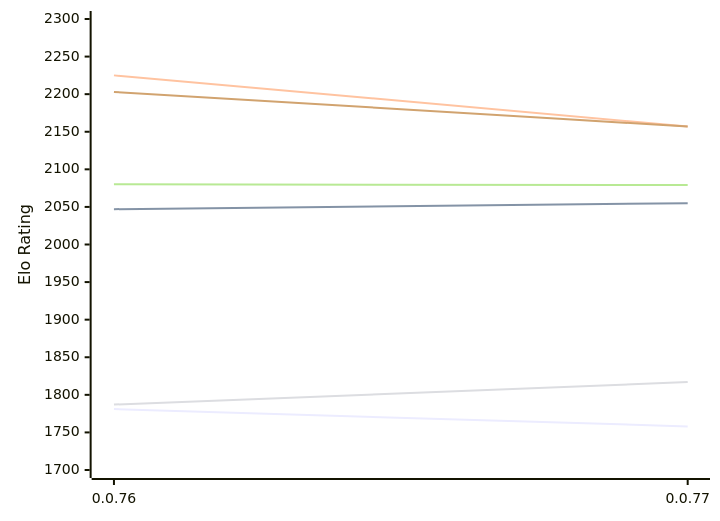
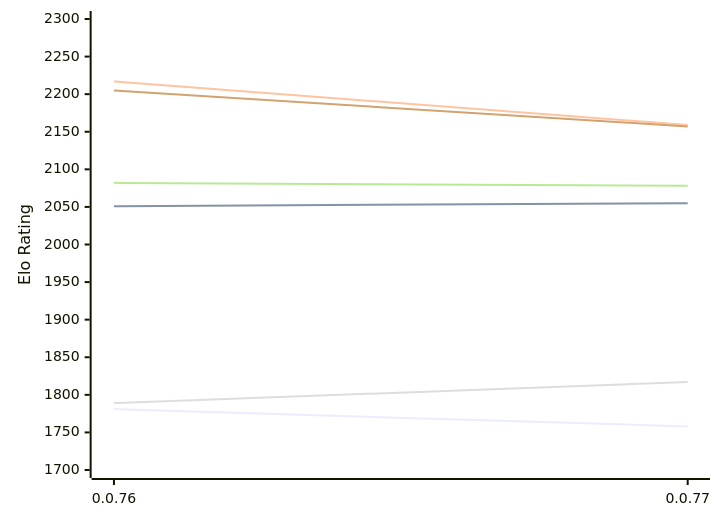
One commit to computer-chess-index/cci changed the first of 2 diagrams in engines/Fktb.md. Above: the diagram before and after it, drawn with Mermaid. The commit also changed other lines of this file, not shown here.

Commit message:
Update CCI Ratings (ELO VLTC) - 2026-11-26

````diff
--- a/engines/Fktb.md
+++ b/engines/Fktb.md
@@ -50,12 +50,12 @@
 ```mermaid
 %%{init: {"theme":"base","themeVariables":{"seriesColors:['#a3a3a3','#222221','#faa371']}}}%%
 xychart-beta
   x-axis ["0.0.76", "0.0.77"]
   y-axis "Elo Rating" 1700 --> 2300
   line "E1: STC (8.0+0.08s)" [1781, 1758]
-  line "E1: LTC (60.0+0.60s)" [2047, 2055]
-  line "E1: VLTC (2m24s+1.12s)" [2225, 2157]
-  line "P1: STC (8.0+0.08s)" [1787, 1817]
-  line "P1: LTC (60.0+0.60s)" [2080, 2079]
-  line "P1: VLTC (2m24s+1.12s)" [2203, 2157]
+  line "E1: LTC (60.0+0.60s)" [2051, 2055]
+  line "E1: VLTC (2m24s+1.12s)" [2217, 2159]
+  line "P1: STC (8.0+0.08s)" [1789, 1817]
+  line "P1: LTC (60.0+0.60s)" [2082, 2078]
+  line "P1: VLTC (2m24s+1.12s)" [2205, 2157]
 ```
````
